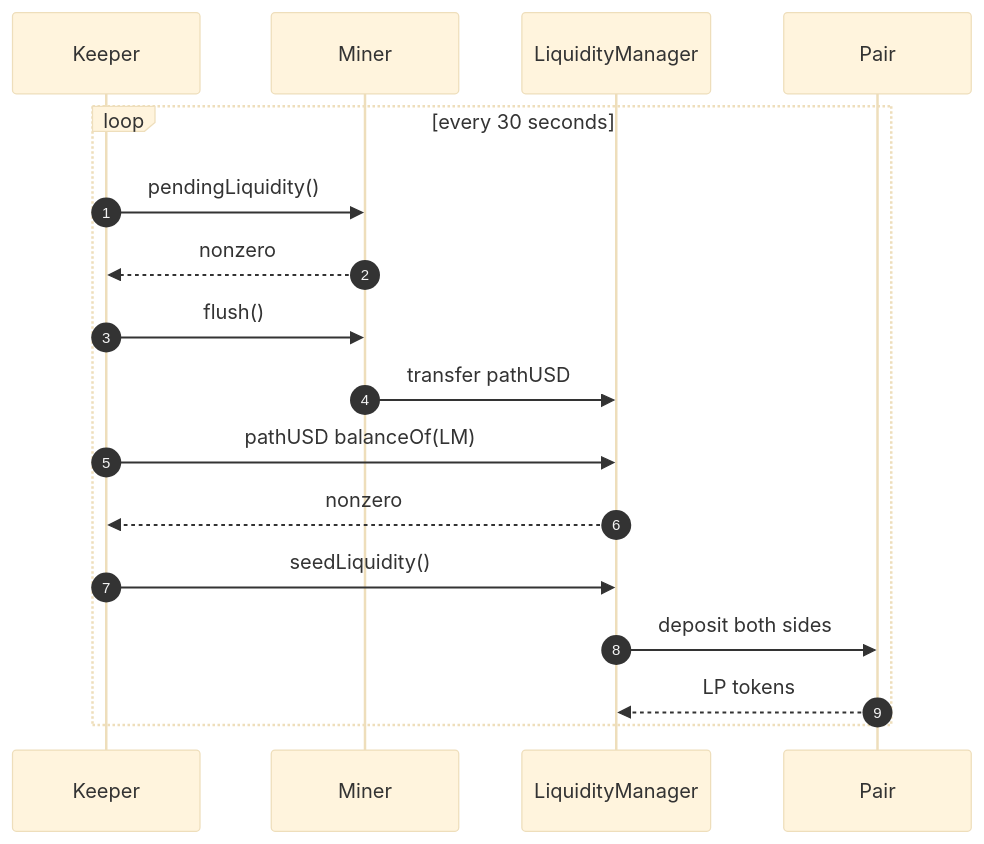
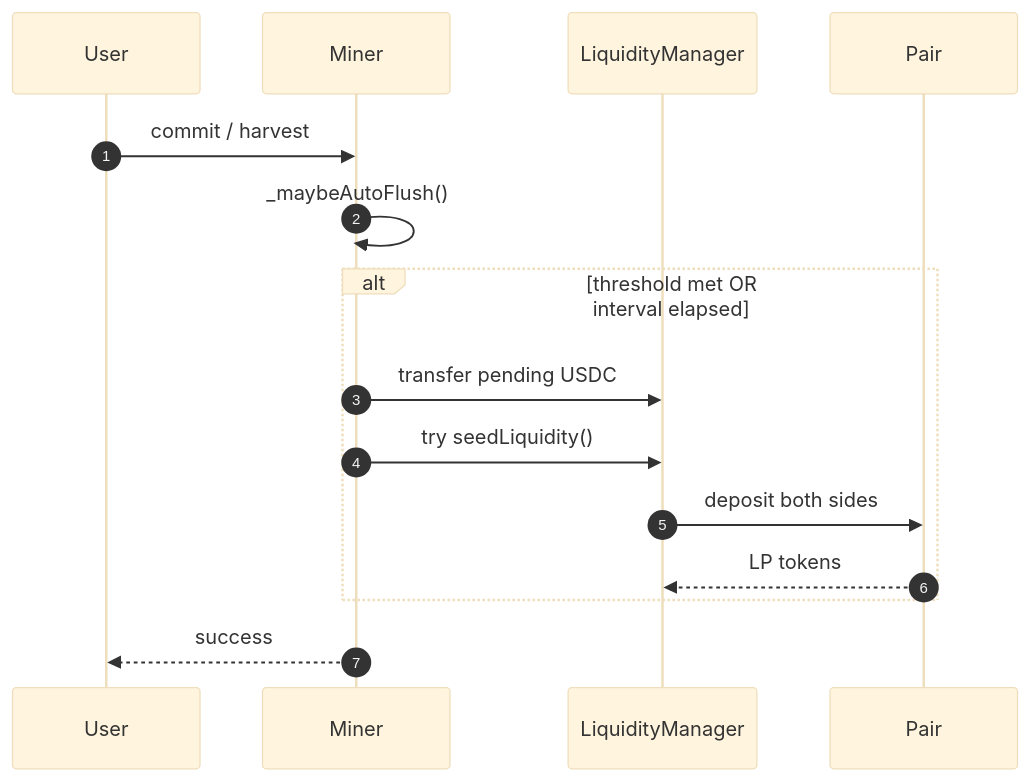
One commit to dudelynft-dotcom/DF changed diagram 15 of 19 in WHITEPAPER.md. Above: the diagram before and after it, drawn with Mermaid (base theme). The commit also changed other lines of this file and 2 other files, not shown here.

````diff
--- a/WHITEPAPER.md
+++ b/WHITEPAPER.md
@@ -762,20 +746,18 @@
 ```mermaid
 sequenceDiagram
     autonumber
-    participant Keeper
+    participant User
     participant Miner
     participant LM as LiquidityManager
     participant Pair
 
-    loop every 30 seconds
-        Keeper->>Miner: pendingLiquidity()
-        Miner-->>Keeper: nonzero
-        Keeper->>Miner: flush()
-        Miner->>LM: transfer pathUSD
-        Keeper->>LM: pathUSD balanceOf(LM)
-        LM-->>Keeper: nonzero
-        Keeper->>LM: seedLiquidity()
+    User->>Miner: commit / harvest
+    Miner->>Miner: _maybeAutoFlush()
+    alt threshold met OR interval elapsed
+        Miner->>LM: transfer pending USDC
+        Miner->>LM: try seedLiquidity()
         LM->>Pair: deposit both sides
         Pair-->>LM: LP tokens
     end
+    Miner-->>User: success
 ```
````
